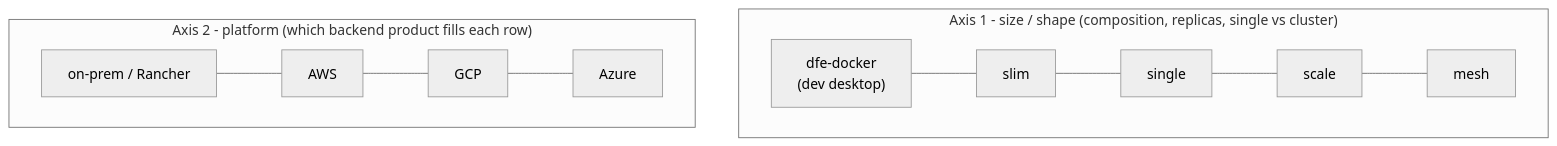
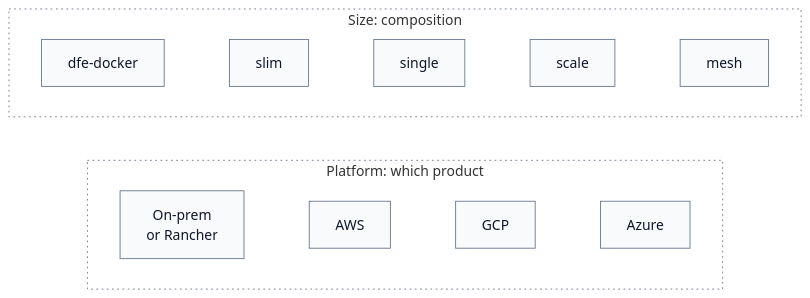
The second of 4 diagrams in docs/deployment/backing-services.md (hyperi-io/dfe-engine), drawn with Mermaid (neutral theme) before and after one commit. The commit also changed other lines of this file and 71 other files, not shown here.

First line of the commit message:
docs(engine): fix 159 claims and redraw every diagram

````diff
--- a/docs/deployment/backing-services.md
+++ b/docs/deployment/backing-services.md
@@ -50,11 +64,19 @@
 ```mermaid
 flowchart TB
-    subgraph A["Axis 1 - size / shape (composition, replicas, single vs cluster)"]
+    accTitle: L4 Detail -- Size and platform axes
+    accDescr: Size runs from dfe-docker through slim, single and scale to mesh and sets the composition. Platform runs on-prem, AWS, GCP and Azure and sets which product fills each backing service.
+
+    subgraph size["Size: composition"]
         direction LR
-        d["dfe-docker<br/>(dev desktop)"] --- s1["slim"] --- s2["single"] --- s3["scale"] --- s4["mesh"]
+        docker["dfe-docker"] ~~~ slim["slim"] ~~~ single["single"] ~~~ scale["scale"] ~~~ mesh["mesh"]
     end
-    subgraph B["Axis 2 - platform (which backend product fills each row)"]
+    subgraph platform["Platform: which product"]
         direction LR
-        p0["on-prem / Rancher"] --- p1["AWS"] --- p2["GCP"] --- p3["Azure"]
+        onprem["On-prem<br/>or Rancher"] ~~~ aws["AWS"] ~~~ gcp["GCP"] ~~~ azure["Azure"]
     end
+    size ~~~ platform
+
+    classDef default fill:#F8FAFC,stroke:#64748B,stroke-width:1px,color:#0F172A
+    classDef group fill:none,stroke:#64748B,stroke-width:1px,stroke-dasharray:2 4
+    class size,platform group
 ```
````
